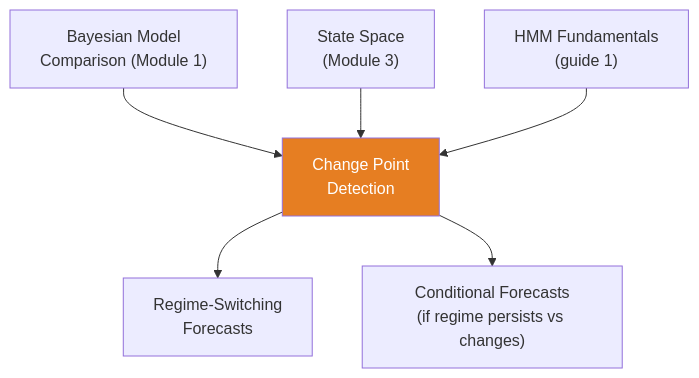
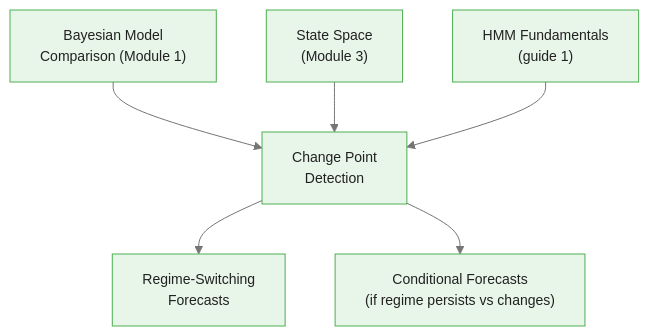
Before and after one commit to m-deane/course-creator: the third of 3 diagrams in courses/bayesian-commodity-forecasting/modules/module_07_regime_switching/guides/02_change_point_detection_slides.md, drawn with Mermaid. The commit also changed other lines of this file and 104 other files, not shown here.

````diff
--- a/courses/bayesian-commodity-forecasting/modules/module_07_regime_switching/guides/02_change_point_detection_slides.md
+++ b/courses/bayesian-commodity-forecasting/modules/module_07_regime_switching/guides/02_change_point_detection_slides.md
@@ -339,9 +354,9 @@
 ```mermaid
+%%{init: {"theme": "base", "themeVariables": {"primaryColor": "#e8f5e9", "primaryBorderColor": "#4caf50", "primaryTextColor": "#212121", "secondaryColor": "#e3f2fd", "tertiaryColor": "#fff8e1", "lineColor": "#757575", "fontFamily": "Inter, sans-serif", "fontSize": "14px"}}}%%
 flowchart TD
     BMC["Bayesian Model\nComparison (Module 1)"] --> CPD["Change Point\nDetection"]
     SSM["State Space\n(Module 3)"] --> CPD
     HMM["HMM Fundamentals\n(guide 1)"] --> CPD
     CPD --> RSF["Regime-Switching\nForecasts"]
     CPD --> COND["Conditional Forecasts\n(if regime persists vs changes)"]
-    style CPD fill:#e67e22,color:#fff
 ```
````
